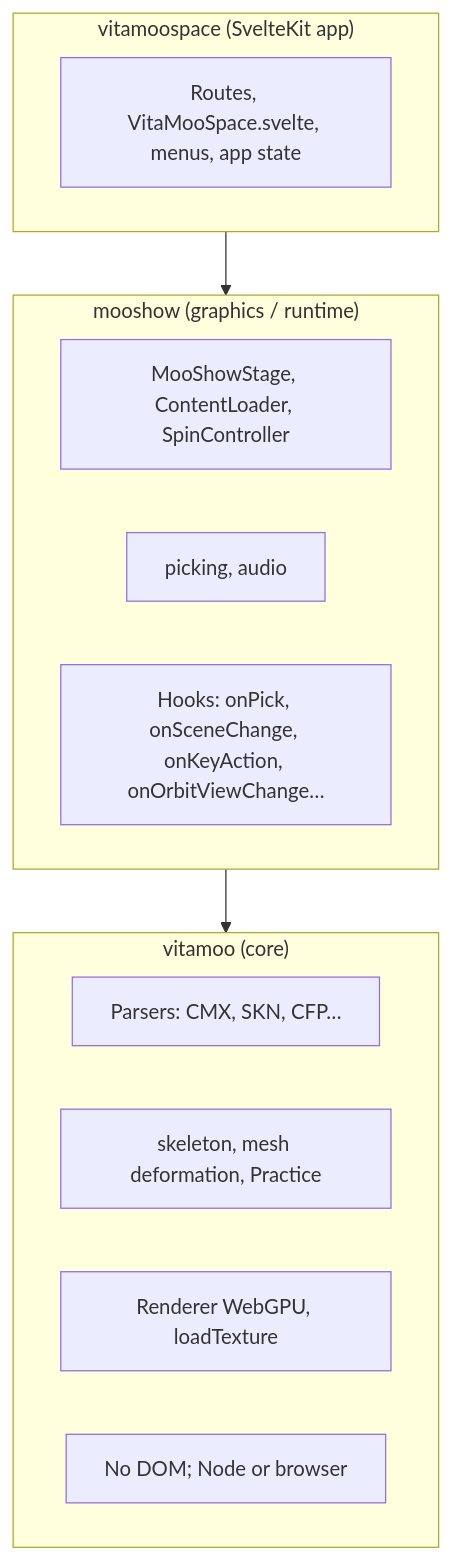
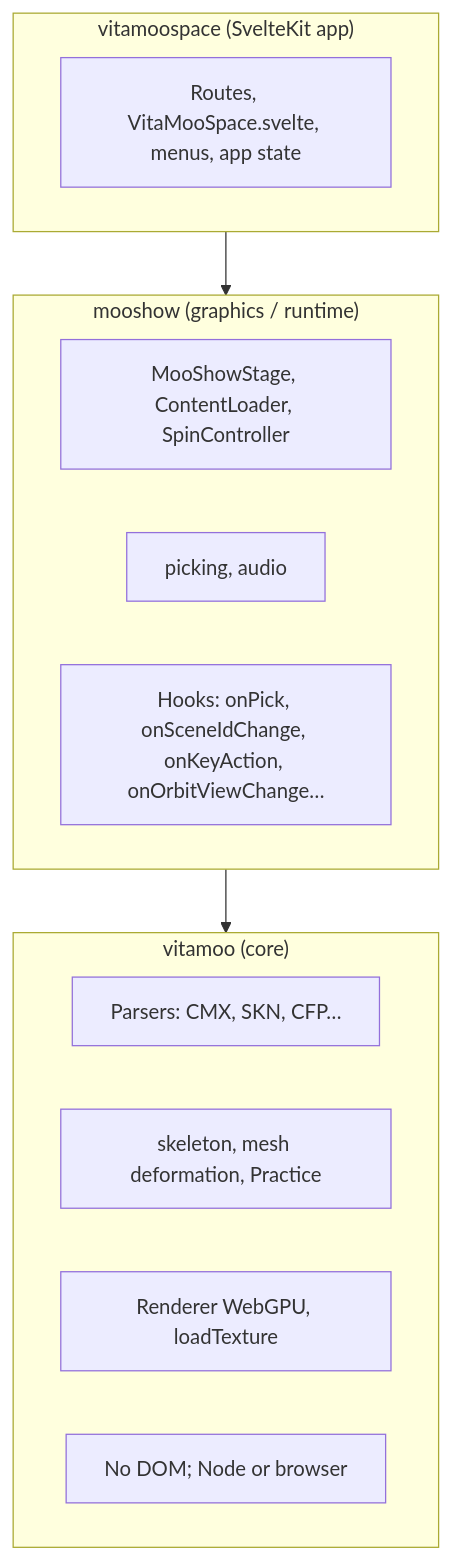
Before and after one commit to SimHacker/SimObliterator_Suite: the diagram in vitamoo/docs/DOCUMENTATION.md, drawn with Mermaid. The commit also changed other lines of this file and 497 other files, not shown here.

````diff
--- a/vitamoo/docs/DOCUMENTATION.md
+++ b/vitamoo/docs/DOCUMENTATION.md
@@ -11,22 +11,22 @@
 ```mermaid
 flowchart TB
   subgraph app["vitamoospace (SvelteKit app)"]
     direction LR
     A["Routes, VitaMooSpace.svelte, menus, app state"]
   end
   subgraph runtime["mooshow (graphics / runtime)"]
     direction LR
     B["MooShowStage, ContentLoader, SpinController"]
     C["picking, audio"]
-    D["Hooks: onPick, onSceneChange, onKeyAction, onOrbitViewChange…"]
+    D["Hooks: onPick, onSceneIdChange, onKeyAction, onOrbitViewChange…"]
   end
   subgraph core["vitamoo (core)"]
     direction LR
     E["Parsers: CMX, SKN, CFP…"]
     F["skeleton, mesh deformation, Practice"]
     G["Renderer WebGPU, loadTexture"]
     H["No DOM; Node or browser"]
   end
   app --> runtime
   runtime --> core
 ```
````
